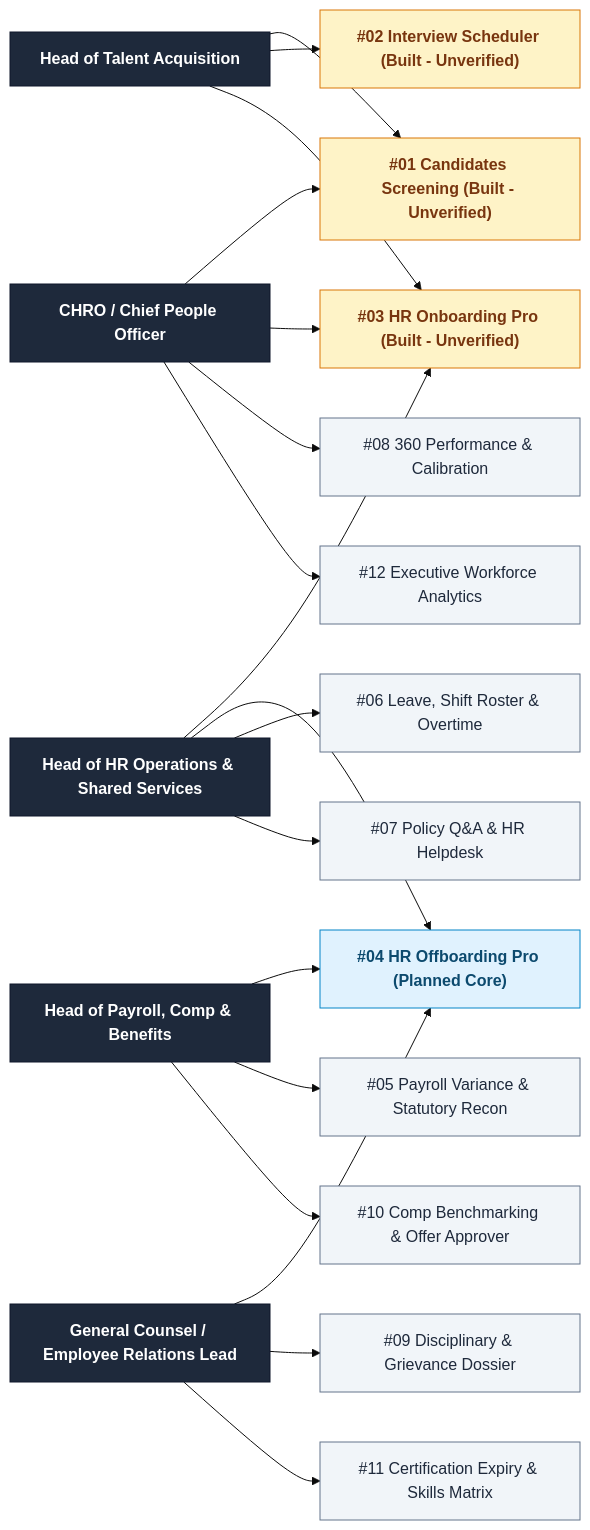
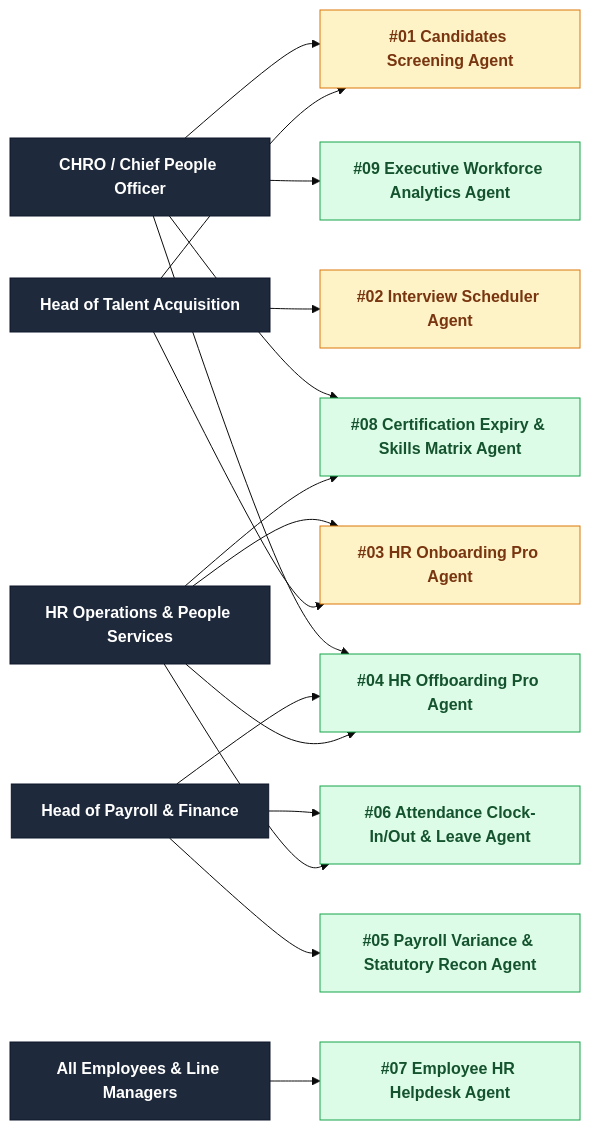
Before and after one commit to zurupream/HR_Agents: the first of 2 diagrams in README.md, drawn with Mermaid (base theme). The commit also changed other lines of this file, not shown here.

Commit message:
Update HR_Agents README to approved 9-agent portfolio in Banking_Agents style

````diff
--- a/README.md
+++ b/README.md
@@ -42,48 +32,42 @@
 ```mermaid
 flowchart LR
     classDef persona fill:#1e293b,stroke:#0f172a,color:#ffffff,font-weight:bold
     classDef built fill:#fef3c7,stroke:#d97706,color:#78350f,font-weight:bold
-    classDef planned fill:#e0f2fe,stroke:#0284c7,color:#0c4a6e,font-weight:bold
-    classDef idea fill:#f1f5f9,stroke:#64748b,color:#1e293b
+    classDef active fill:#dcfce7,stroke:#16a34a,color:#14532d,font-weight:bold
 
     CHRO["CHRO / Chief People Officer"]:::persona
     TA["Head of Talent Acquisition"]:::persona
-    HROPS["Head of HR Operations & Shared Services"]:::persona
-    COMP["Head of Payroll, Comp & Benefits"]:::persona
-    ER["General Counsel / Employee Relations Lead"]:::persona
+    HROPS["HR Operations & People Services"]:::persona
+    PAY["Head of Payroll & Finance"]:::persona
+    EMP["All Employees & Line Managers"]:::persona
 
-    A01["#01 Candidates Screening (Built - Unverified)"]:::built
-    A02["#02 Interview Scheduler (Built - Unverified)"]:::built
-    A03["#03 HR Onboarding Pro (Built - Unverified)"]:::built
-    A04["#04 HR Offboarding Pro (Planned Core)"]:::planned
-    A05["#05 Payroll Variance & Statutory Recon"]:::idea
-    A06["#06 Leave, Shift Roster & Overtime"]:::idea
-    A07["#07 Policy Q&A & HR Helpdesk"]:::idea
-    A08["#08 360 Performance & Calibration"]:::idea
-    A09["#09 Disciplinary & Grievance Dossier"]:::idea
-    A10["#10 Comp Benchmarking & Offer Approver"]:::idea
-    A11["#11 Certification Expiry & Skills Matrix"]:::idea
-    A12["#12 Executive Workforce Analytics"]:::idea
+    A01["#01 Candidates Screening Agent"]:::built
+    A02["#02 Interview Scheduler Agent"]:::built
+    A03["#03 HR Onboarding Pro Agent"]:::built
+    A04["#04 HR Offboarding Pro Agent"]:::active
+    A05["#05 Payroll Variance & Statutory Recon Agent"]:::active
+    A06["#06 Attendance Clock-In/Out & Leave Agent"]:::active
+    A07["#07 Employee HR Helpdesk Agent"]:::active
+    A08["#08 Certification Expiry & Skills Matrix Agent"]:::active
+    A09["#09 Executive Workforce Analytics Agent"]:::active
 
     TA --> A01
     TA --> A02
     TA --> A03
 
     HROPS --> A03
     HROPS --> A04
     HROPS --> A06
-    HROPS --> A07
+    HROPS --> A08
 
-    COMP --> A04
-    COMP --> A05
-    COMP --> A10
+    PAY --> A04
+    PAY --> A05
+    PAY --> A06
 
-    ER --> A04
-    ER --> A09
-    ER --> A11
+    EMP --> A07
 
     CHRO --> A01
-    CHRO --> A03
+    CHRO --> A04
     CHRO --> A08
-    CHRO --> A12
+    CHRO --> A09
 ```
````
